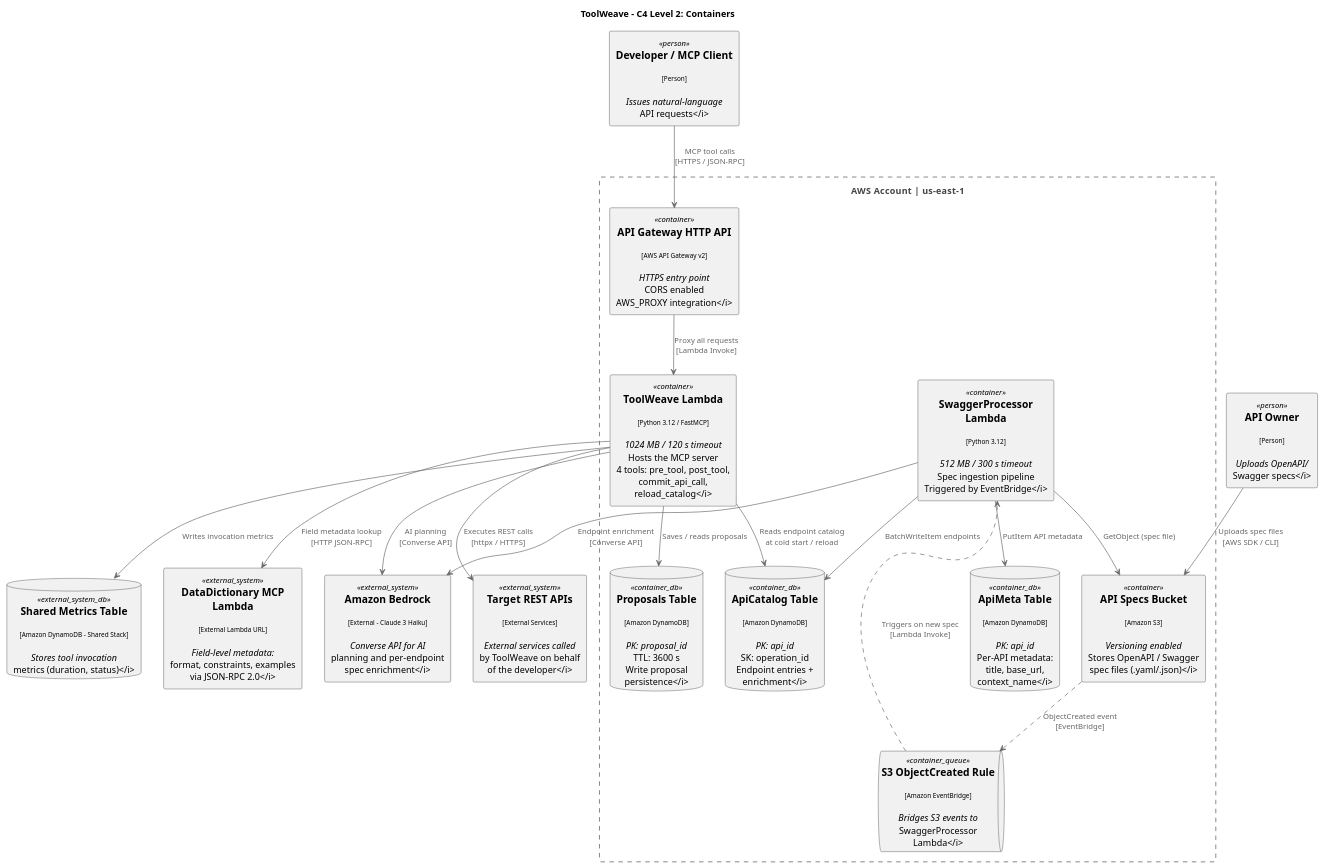
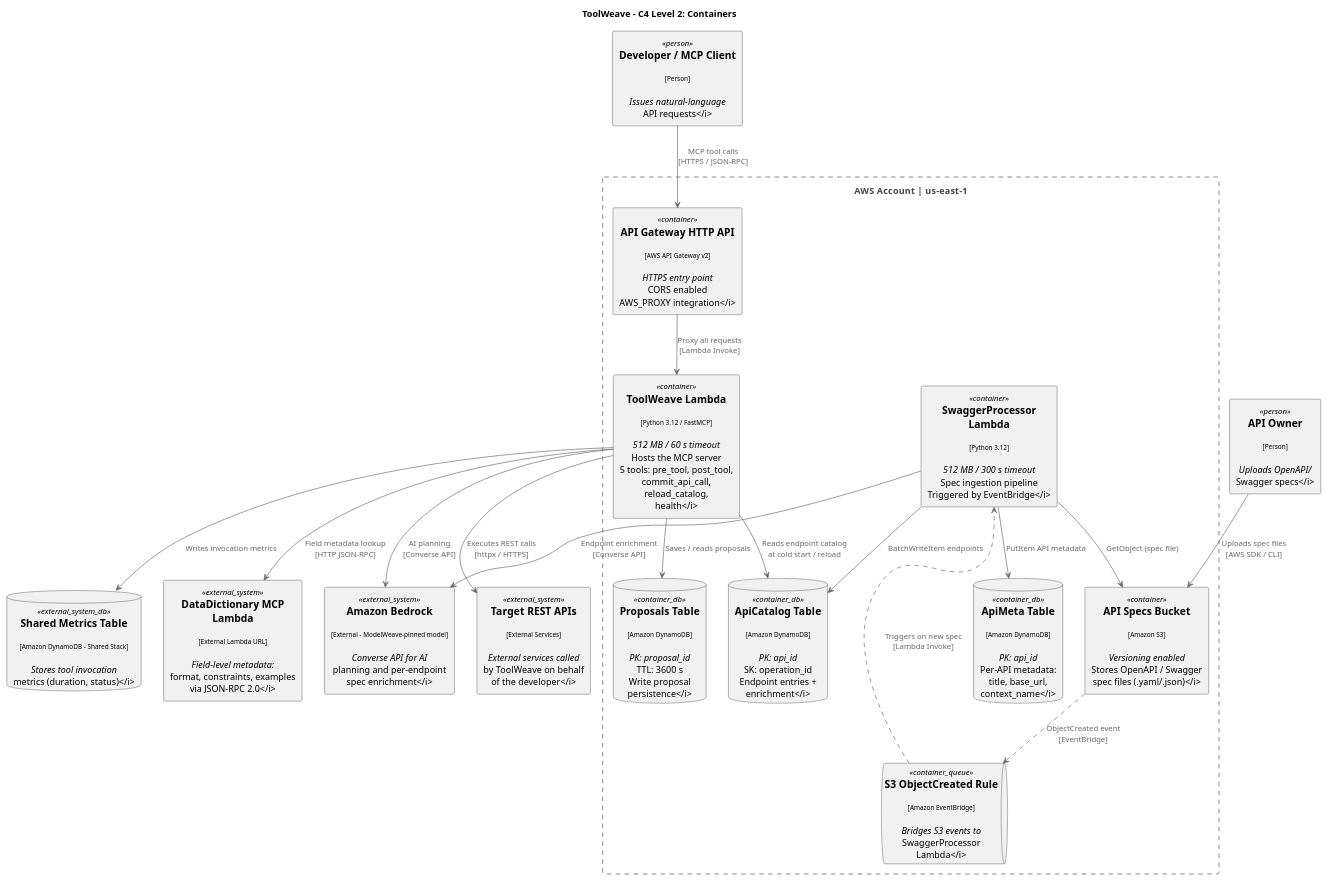
One commit to rajatarun/ToolWeave changed the diagram in docs/c4-container.puml. Above: the diagram before and after it, drawn with PlantUML. The commit also changed 5 other files, not shown here.

First line of the commit message:
docs: rewrite architecture docs for the current deployment

```diff
--- a/docs/c4-container.puml
+++ b/docs/c4-container.puml
@@ -1,65 +1,65 @@
 @startuml C4-Container-ToolWeave
 ' C4 Level 2 - Container Diagram
 ' ToolWeave: NL-to-REST API bridge via MCP
 
 title ToolWeave - C4 Level 2: Containers
 
 top to bottom direction
 
 !include ./assets/C4.puml
 
 ' ── External Actors ──────────────────────────────────────────────────────────
 rectangle "==Developer / MCP Client\n\n<size:10>[Person]</size>\n\n<i>Issues natural-language\nAPI requests</i>" <<person>> as developer
 rectangle "==API Owner\n\n<size:10>[Person]</size>\n\n<i>Uploads OpenAPI/\nSwagger specs</i>" <<person>> as api_owner
 
 ' ── AWS Account Boundary ─────────────────────────────────────────────────────
 rectangle "AWS Account  |  us-east-1" <<boundary>> {
 
     rectangle "==API Gateway HTTP API\n\n<size:10>[AWS API Gateway v2]</size>\n\n<i>HTTPS entry point\nCORS enabled\nAWS_PROXY integration</i>" <<container>> as apigw
 
-    rectangle "==ToolWeave Lambda\n\n<size:10>[Python 3.12 / FastMCP]</size>\n\n<i>1024 MB / 120 s timeout\nHosts the MCP server\n4 tools: pre_tool, post_tool,\ncommit_api_call, reload_catalog</i>" <<container>> as toolweave_fn
+    rectangle "==ToolWeave Lambda\n\n<size:10>[Python 3.12 / FastMCP]</size>\n\n<i>512 MB / 60 s timeout\nHosts the MCP server\n5 tools: pre_tool, post_tool,\ncommit_api_call, reload_catalog,\nhealth</i>" <<container>> as toolweave_fn
 
     rectangle "==SwaggerProcessor Lambda\n\n<size:10>[Python 3.12]</size>\n\n<i>512 MB / 300 s timeout\nSpec ingestion pipeline\nTriggered by EventBridge</i>" <<container>> as swagger_fn
 
     database "==ApiCatalog Table\n\n<size:10>[Amazon DynamoDB]</size>\n\n<i>PK: api_id\nSK: operation_id\nEndpoint entries + enrichment</i>" <<container_db>> as catalog_table
 
     database "==ApiMeta Table\n\n<size:10>[Amazon DynamoDB]</size>\n\n<i>PK: api_id\nPer-API metadata:\ntitle, base_url, context_name</i>" <<container_db>> as meta_table
 
     database "==Proposals Table\n\n<size:10>[Amazon DynamoDB]</size>\n\n<i>PK: proposal_id\nTTL: 3600 s\nWrite proposal persistence</i>" <<container_db>> as proposals_table
 
     rectangle "==API Specs Bucket\n\n<size:10>[Amazon S3]</size>\n\n<i>Versioning enabled\nStores OpenAPI / Swagger\nspec files (.yaml/.json)</i>" <<container>> as s3_bucket
 
     queue "==S3 ObjectCreated Rule\n\n<size:10>[Amazon EventBridge]</size>\n\n<i>Bridges S3 events to\nSwaggerProcessor Lambda</i>" <<container_queue>> as event_rule
 
 }
 
 ' ── External Systems ─────────────────────────────────────────────────────────
-rectangle "==Amazon Bedrock\n\n<size:10>[External - Claude 3 Haiku]</size>\n\n<i>Converse API for AI\nplanning and per-endpoint\nspec enrichment</i>" <<external_system>> as bedrock
+rectangle "==Amazon Bedrock\n\n<size:10>[External - ModelWeave-pinned model]</size>\n\n<i>Converse API for AI\nplanning and per-endpoint\nspec enrichment</i>" <<external_system>> as bedrock
 
 rectangle "==DataDictionary MCP Lambda\n\n<size:10>[External Lambda URL]</size>\n\n<i>Field-level metadata:\nformat, constraints, examples\nvia JSON-RPC 2.0</i>" <<external_system>> as data_dictionary
 
 rectangle "==Target REST APIs\n\n<size:10>[External Services]</size>\n\n<i>External services called\nby ToolWeave on behalf\nof the developer</i>" <<external_system>> as target_api
 
 database "==Shared Metrics Table\n\n<size:10>[Amazon DynamoDB - Shared Stack]</size>\n\n<i>Stores tool invocation\nmetrics (duration, status)</i>" <<external_system_db>> as metrics_table
 
 ' ── Relationships ────────────────────────────────────────────────────────────
 developer --> apigw : "MCP tool calls\n[HTTPS / JSON-RPC]"
 api_owner --> s3_bucket : "Uploads spec files\n[AWS SDK / CLI]"
 
 apigw --> toolweave_fn : "Proxy all requests\n[Lambda Invoke]"
 s3_bucket ..> event_rule : "ObjectCreated event\n[EventBridge]"
 event_rule ..> swagger_fn : "Triggers on new spec\n[Lambda Invoke]"
 
 toolweave_fn --> catalog_table : "Reads endpoint catalog\nat cold start / reload"
 toolweave_fn --> proposals_table : "Saves / reads proposals"
 toolweave_fn --> bedrock : "AI planning\n[Converse API]"
 toolweave_fn --> data_dictionary : "Field metadata lookup\n[HTTP JSON-RPC]"
 toolweave_fn --> target_api : "Executes REST calls\n[httpx / HTTPS]"
 toolweave_fn --> metrics_table : "Writes invocation metrics"
 
 swagger_fn --> s3_bucket : "GetObject (spec file)"
 swagger_fn --> bedrock : "Endpoint enrichment\n[Converse API]"
 swagger_fn --> catalog_table : "BatchWriteItem endpoints"
 swagger_fn --> meta_table : "PutItem API metadata"
 
 @enduml
```
